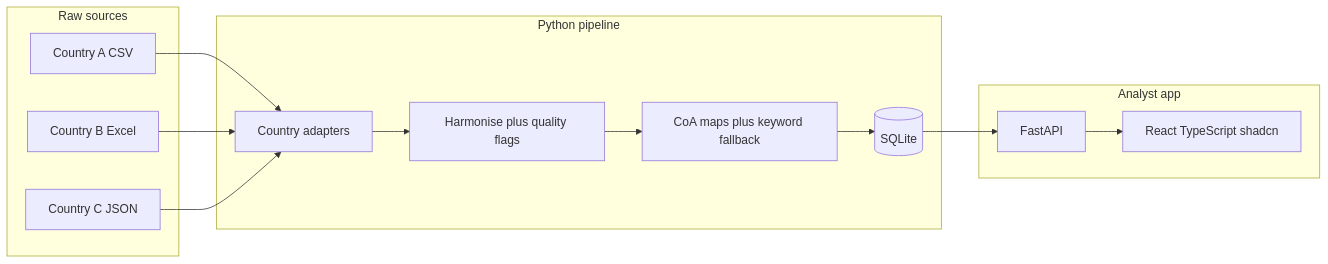
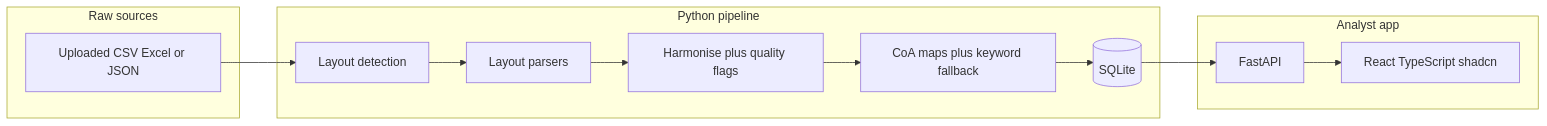
The diagram in docs/ARCHITECTURE.md (mikaelguillin/who-data-assessment), drawn with Mermaid before and after one commit. The commit also changed other lines of this file and 22 other files, not shown here.

````diff
--- a/docs/ARCHITECTURE.md
+++ b/docs/ARCHITECTURE.md
@@ -9,23 +9,20 @@
 ```mermaid
 flowchart LR
   subgraph sources [Raw sources]
-    A[Country A CSV]
-    B[Country B Excel]
-    C[Country C JSON]
+    Upload[Uploaded CSV Excel or JSON]
   end
   subgraph pipeline [Python pipeline]
-    Adapt[Country adapters]
+    Detect[Layout detection]
+    Adapt[Layout parsers]
     Harm[Harmonise plus quality flags]
     Class[CoA maps plus keyword fallback]
     DB[(SQLite)]
   end
   subgraph app [Analyst app]
     API[FastAPI]
     UI[React TypeScript shadcn]
   end
-  A --> Adapt
-  B --> Adapt
-  C --> Adapt
+  Upload --> Detect --> Adapt
   Adapt --> Harm --> Class --> DB
   DB --> API --> UI
 ```
````
